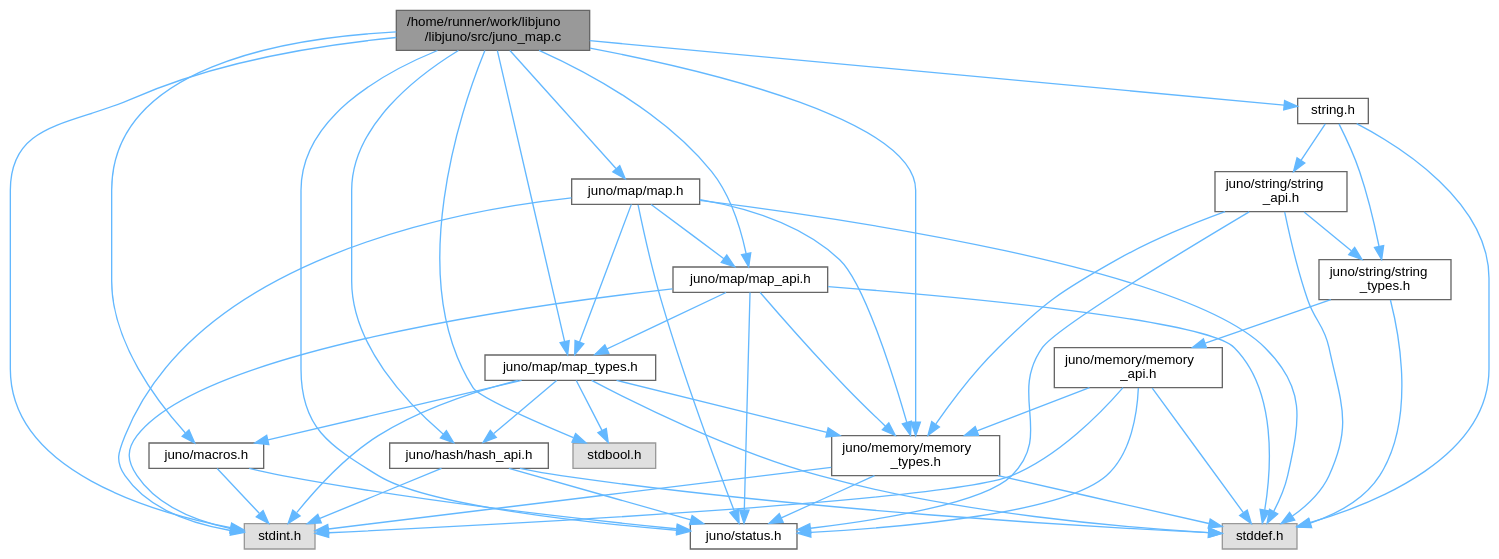
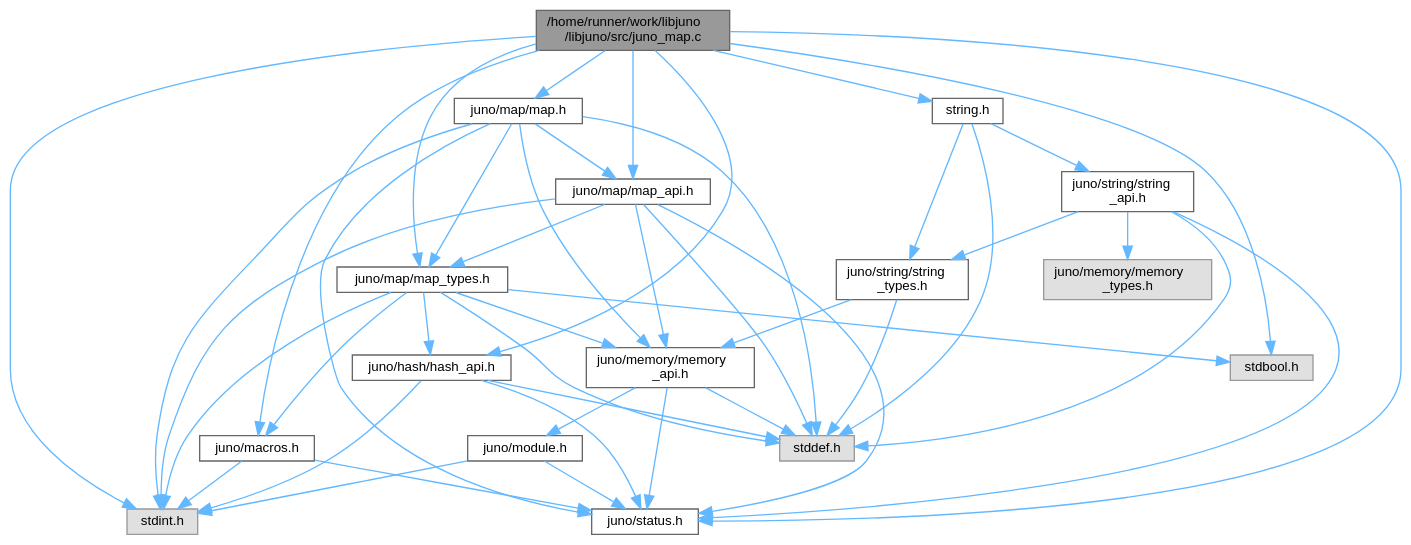
The diagram in juno__map_8c__incl.dot (robinonsay/libjuno), drawn with Graphviz before and after one commit. The commit also changed 208 other files, not shown here.

```diff
--- a/juno__map_8c__incl.dot
+++ b/juno__map_8c__incl.dot
@@ -1,70 +1,68 @@
 digraph "/home/runner/work/libjuno/libjuno/src/juno_map.c"
 {
  // LATEX_PDF_SIZE
   bgcolor="transparent";
   edge [fontname=Helvetica,fontsize=10,labelfontname=Helvetica,labelfontsize=10];
   node [fontname=Helvetica,fontsize=10,shape=box,height=0.2,width=0.4];
   Node1 [id="Node000001",label="/home/runner/work/libjuno\l/libjuno/src/juno_map.c",height=0.2,width=0.4,color="gray40", fillcolor="grey60", style="filled", fontcolor="black",tooltip=" "];
   Node1 -> Node2 [id="edge1_Node000001_Node000002",color="steelblue1",style="solid",tooltip=" "];
   Node2 [id="Node000002",label="juno/hash/hash_api.h",height=0.2,width=0.4,color="grey40", fillcolor="white", style="filled",URL="$hash__api_8h.html",tooltip=" "];
   Node2 -> Node3 [id="edge2_Node000002_Node000003",color="steelblue1",style="solid",tooltip=" "];
   Node3 [id="Node000003",label="stddef.h",height=0.2,width=0.4,color="grey60", fillcolor="#E0E0E0", style="filled",tooltip=" "];
   Node2 -> Node4 [id="edge3_Node000002_Node000004",color="steelblue1",style="solid",tooltip=" "];
   Node4 [id="Node000004",label="stdint.h",height=0.2,width=0.4,color="grey60", fillcolor="#E0E0E0", style="filled",tooltip=" "];
   Node2 -> Node5 [id="edge4_Node000002_Node000005",color="steelblue1",style="solid",tooltip=" "];
   Node5 [id="Node000005",label="juno/status.h",height=0.2,width=0.4,color="grey40", fillcolor="white", style="filled",URL="$status_8h.html",tooltip=" "];
   Node1 -> Node6 [id="edge5_Node000001_Node000006",color="steelblue1",style="solid",tooltip=" "];
   Node6 [id="Node000006",label="juno/macros.h",height=0.2,width=0.4,color="grey40", fillcolor="white", style="filled",URL="$macros_8h.html",tooltip=" "];
   Node6 -> Node5 [id="edge6_Node000006_Node000005",color="steelblue1",style="solid",tooltip=" "];
   Node6 -> Node4 [id="edge7_Node000006_Node000004",color="steelblue1",style="solid",tooltip=" "];
   Node1 -> Node7 [id="edge8_Node000001_Node000007",color="steelblue1",style="solid",tooltip=" "];
   Node7 [id="Node000007",label="juno/map/map.h",height=0.2,width=0.4,color="grey40", fillcolor="white", style="filled",URL="$map_8h.html",tooltip=" "];
   Node7 -> Node8 [id="edge9_Node000007_Node000008",color="steelblue1",style="solid",tooltip=" "];
   Node8 [id="Node000008",label="juno/map/map_api.h",height=0.2,width=0.4,color="grey40", fillcolor="white", style="filled",URL="$map__api_8h.html",tooltip=" "];
   Node8 -> Node9 [id="edge10_Node000008_Node000009",color="steelblue1",style="solid",tooltip=" "];
-  Node9 [id="Node000009",label="juno/memory/memory\l_types.h",height=0.2,width=0.4,color="grey40", fillcolor="white", style="filled",URL="$memory__types_8h.html",tooltip=" "];
-  Node9 -> Node3 [id="edge11_Node000009_Node000003",color="steelblue1",style="solid",tooltip=" "];
-  Node9 -> Node4 [id="edge12_Node000009_Node000004",color="steelblue1",style="solid",tooltip=" "];
-  Node9 -> Node5 [id="edge13_Node000009_Node000005",color="steelblue1",style="solid",tooltip=" "];
-  Node8 -> Node5 [id="edge14_Node000008_Node000005",color="steelblue1",style="solid",tooltip=" "];
-  Node8 -> Node3 [id="edge15_Node000008_Node000003",color="steelblue1",style="solid",tooltip=" "];
-  Node8 -> Node4 [id="edge16_Node000008_Node000004",color="steelblue1",style="solid",tooltip=" "];
-  Node8 -> Node10 [id="edge17_Node000008_Node000010",color="steelblue1",style="solid",tooltip=" "];
-  Node10 [id="Node000010",label="juno/map/map_types.h",height=0.2,width=0.4,color="grey40", fillcolor="white", style="filled",URL="$map__types_8h.html",tooltip=" "];
-  Node10 -> Node2 [id="edge18_Node000010_Node000002",color="steelblue1",style="solid",tooltip=" "];
-  Node10 -> Node6 [id="edge19_Node000010_Node000006",color="steelblue1",style="solid",tooltip=" "];
-  Node10 -> Node9 [id="edge20_Node000010_Node000009",color="steelblue1",style="solid",tooltip=" "];
-  Node10 -> Node3 [id="edge21_Node000010_Node000003",color="steelblue1",style="solid",tooltip=" "];
-  Node10 -> Node4 [id="edge22_Node000010_Node000004",color="steelblue1",style="solid",tooltip=" "];
-  Node10 -> Node11 [id="edge23_Node000010_Node000011",color="steelblue1",style="solid",tooltip=" "];
-  Node11 [id="Node000011",label="stdbool.h",height=0.2,width=0.4,color="grey60", fillcolor="#E0E0E0", style="filled",tooltip=" "];
-  Node7 -> Node10 [id="edge24_Node000007_Node000010",color="steelblue1",style="solid",tooltip=" "];
-  Node7 -> Node9 [id="edge25_Node000007_Node000009",color="steelblue1",style="solid",tooltip=" "];
-  Node7 -> Node5 [id="edge26_Node000007_Node000005",color="steelblue1",style="solid",tooltip=" "];
-  Node7 -> Node3 [id="edge27_Node000007_Node000003",color="steelblue1",style="solid",tooltip=" "];
-  Node7 -> Node4 [id="edge28_Node000007_Node000004",color="steelblue1",style="solid",tooltip=" "];
-  Node1 -> Node8 [id="edge29_Node000001_Node000008",color="steelblue1",style="solid",tooltip=" "];
-  Node1 -> Node10 [id="edge30_Node000001_Node000010",color="steelblue1",style="solid",tooltip=" "];
-  Node1 -> Node9 [id="edge31_Node000001_Node000009",color="steelblue1",style="solid",tooltip=" "];
-  Node1 -> Node5 [id="edge32_Node000001_Node000005",color="steelblue1",style="solid",tooltip=" "];
-  Node1 -> Node11 [id="edge33_Node000001_Node000011",color="steelblue1",style="solid",tooltip=" "];
-  Node1 -> Node4 [id="edge34_Node000001_Node000004",color="steelblue1",style="solid",tooltip=" "];
-  Node1 -> Node12 [id="edge35_Node000001_Node000012",color="steelblue1",style="solid",tooltip=" "];
-  Node12 [id="Node000012",label="string.h",height=0.2,width=0.4,color="grey40", fillcolor="white", style="filled",URL="$string_8h.html",tooltip=" "];
-  Node12 -> Node13 [id="edge36_Node000012_Node000013",color="steelblue1",style="solid",tooltip=" "];
-  Node13 [id="Node000013",label="juno/string/string\l_api.h",height=0.2,width=0.4,color="grey40", fillcolor="white", style="filled",URL="$string__api_8h.html",tooltip=" "];
-  Node13 -> Node9 [id="edge37_Node000013_Node000009",color="steelblue1",style="solid",tooltip=" "];
-  Node13 -> Node5 [id="edge38_Node000013_Node000005",color="steelblue1",style="solid",tooltip=" "];
-  Node13 -> Node14 [id="edge39_Node000013_Node000014",color="steelblue1",style="solid",tooltip=" "];
-  Node14 [id="Node000014",label="juno/string/string\l_types.h",height=0.2,width=0.4,color="grey40", fillcolor="white", style="filled",URL="$string__types_8h.html",tooltip=" "];
-  Node14 -> Node15 [id="edge40_Node000014_Node000015",color="steelblue1",style="solid",tooltip=" "];
-  Node15 [id="Node000015",label="juno/memory/memory\l_api.h",height=0.2,width=0.4,color="grey40", fillcolor="white", style="filled",URL="$memory__api_8h.html",tooltip=" "];
-  Node15 -> Node5 [id="edge41_Node000015_Node000005",color="steelblue1",style="solid",tooltip=" "];
-  Node15 -> Node3 [id="edge42_Node000015_Node000003",color="steelblue1",style="solid",tooltip=" "];
-  Node15 -> Node4 [id="edge43_Node000015_Node000004",color="steelblue1",style="solid",tooltip=" "];
-  Node15 -> Node9 [id="edge44_Node000015_Node000009",color="steelblue1",style="solid",tooltip=" "];
-  Node14 -> Node3 [id="edge45_Node000014_Node000003",color="steelblue1",style="solid",tooltip=" "];
-  Node13 -> Node3 [id="edge46_Node000013_Node000003",color="steelblue1",style="solid",tooltip=" "];
-  Node12 -> Node14 [id="edge47_Node000012_Node000014",color="steelblue1",style="solid",tooltip=" "];
-  Node12 -> Node3 [id="edge48_Node000012_Node000003",color="steelblue1",style="solid",tooltip=" "];
+  Node9 [id="Node000009",label="juno/memory/memory\l_api.h",height=0.2,width=0.4,color="grey40", fillcolor="white", style="filled",URL="$memory__api_8h.html",tooltip=" "];
+  Node9 -> Node5 [id="edge11_Node000009_Node000005",color="steelblue1",style="solid",tooltip=" "];
+  Node9 -> Node10 [id="edge12_Node000009_Node000010",color="steelblue1",style="solid",tooltip=" "];
+  Node10 [id="Node000010",label="juno/module.h",height=0.2,width=0.4,color="grey40", fillcolor="white", style="filled",URL="$module_8h.html",tooltip=" "];
+  Node10 -> Node5 [id="edge13_Node000010_Node000005",color="steelblue1",style="solid",tooltip=" "];
+  Node10 -> Node4 [id="edge14_Node000010_Node000004",color="steelblue1",style="solid",tooltip=" "];
+  Node9 -> Node3 [id="edge15_Node000009_Node000003",color="steelblue1",style="solid",tooltip=" "];
+  Node8 -> Node5 [id="edge16_Node000008_Node000005",color="steelblue1",style="solid",tooltip=" "];
+  Node8 -> Node3 [id="edge17_Node000008_Node000003",color="steelblue1",style="solid",tooltip=" "];
+  Node8 -> Node4 [id="edge18_Node000008_Node000004",color="steelblue1",style="solid",tooltip=" "];
+  Node8 -> Node11 [id="edge19_Node000008_Node000011",color="steelblue1",style="solid",tooltip=" "];
+  Node11 [id="Node000011",label="juno/map/map_types.h",height=0.2,width=0.4,color="grey40", fillcolor="white", style="filled",URL="$map__types_8h.html",tooltip=" "];
+  Node11 -> Node2 [id="edge20_Node000011_Node000002",color="steelblue1",style="solid",tooltip=" "];
+  Node11 -> Node6 [id="edge21_Node000011_Node000006",color="steelblue1",style="solid",tooltip=" "];
+  Node11 -> Node9 [id="edge22_Node000011_Node000009",color="steelblue1",style="solid",tooltip=" "];
+  Node11 -> Node3 [id="edge23_Node000011_Node000003",color="steelblue1",style="solid",tooltip=" "];
+  Node11 -> Node4 [id="edge24_Node000011_Node000004",color="steelblue1",style="solid",tooltip=" "];
+  Node11 -> Node12 [id="edge25_Node000011_Node000012",color="steelblue1",style="solid",tooltip=" "];
+  Node12 [id="Node000012",label="stdbool.h",height=0.2,width=0.4,color="grey60", fillcolor="#E0E0E0", style="filled",tooltip=" "];
+  Node7 -> Node11 [id="edge26_Node000007_Node000011",color="steelblue1",style="solid",tooltip=" "];
+  Node7 -> Node9 [id="edge27_Node000007_Node000009",color="steelblue1",style="solid",tooltip=" "];
+  Node7 -> Node5 [id="edge28_Node000007_Node000005",color="steelblue1",style="solid",tooltip=" "];
+  Node7 -> Node3 [id="edge29_Node000007_Node000003",color="steelblue1",style="solid",tooltip=" "];
+  Node7 -> Node4 [id="edge30_Node000007_Node000004",color="steelblue1",style="solid",tooltip=" "];
+  Node1 -> Node8 [id="edge31_Node000001_Node000008",color="steelblue1",style="solid",tooltip=" "];
+  Node1 -> Node11 [id="edge32_Node000001_Node000011",color="steelblue1",style="solid",tooltip=" "];
+  Node1 -> Node5 [id="edge33_Node000001_Node000005",color="steelblue1",style="solid",tooltip=" "];
+  Node1 -> Node12 [id="edge34_Node000001_Node000012",color="steelblue1",style="solid",tooltip=" "];
+  Node1 -> Node4 [id="edge35_Node000001_Node000004",color="steelblue1",style="solid",tooltip=" "];
+  Node1 -> Node13 [id="edge36_Node000001_Node000013",color="steelblue1",style="solid",tooltip=" "];
+  Node13 [id="Node000013",label="string.h",height=0.2,width=0.4,color="grey40", fillcolor="white", style="filled",URL="$string_8h.html",tooltip=" "];
+  Node13 -> Node14 [id="edge37_Node000013_Node000014",color="steelblue1",style="solid",tooltip=" "];
+  Node14 [id="Node000014",label="juno/string/string\l_api.h",height=0.2,width=0.4,color="grey40", fillcolor="white", style="filled",URL="$string__api_8h.html",tooltip=" "];
+  Node14 -> Node15 [id="edge38_Node000014_Node000015",color="steelblue1",style="solid",tooltip=" "];
+  Node15 [id="Node000015",label="juno/memory/memory\l_types.h",height=0.2,width=0.4,color="grey60", fillcolor="#E0E0E0", style="filled",tooltip=" "];
+  Node14 -> Node5 [id="edge39_Node000014_Node000005",color="steelblue1",style="solid",tooltip=" "];
+  Node14 -> Node16 [id="edge40_Node000014_Node000016",color="steelblue1",style="solid",tooltip=" "];
+  Node16 [id="Node000016",label="juno/string/string\l_types.h",height=0.2,width=0.4,color="grey40", fillcolor="white", style="filled",URL="$string__types_8h.html",tooltip=" "];
+  Node16 -> Node9 [id="edge41_Node000016_Node000009",color="steelblue1",style="solid",tooltip=" "];
+  Node16 -> Node3 [id="edge42_Node000016_Node000003",color="steelblue1",style="solid",tooltip=" "];
+  Node14 -> Node3 [id="edge43_Node000014_Node000003",color="steelblue1",style="solid",tooltip=" "];
+  Node13 -> Node16 [id="edge44_Node000013_Node000016",color="steelblue1",style="solid",tooltip=" "];
+  Node13 -> Node3 [id="edge45_Node000013_Node000003",color="steelblue1",style="solid",tooltip=" "];
 }
```
